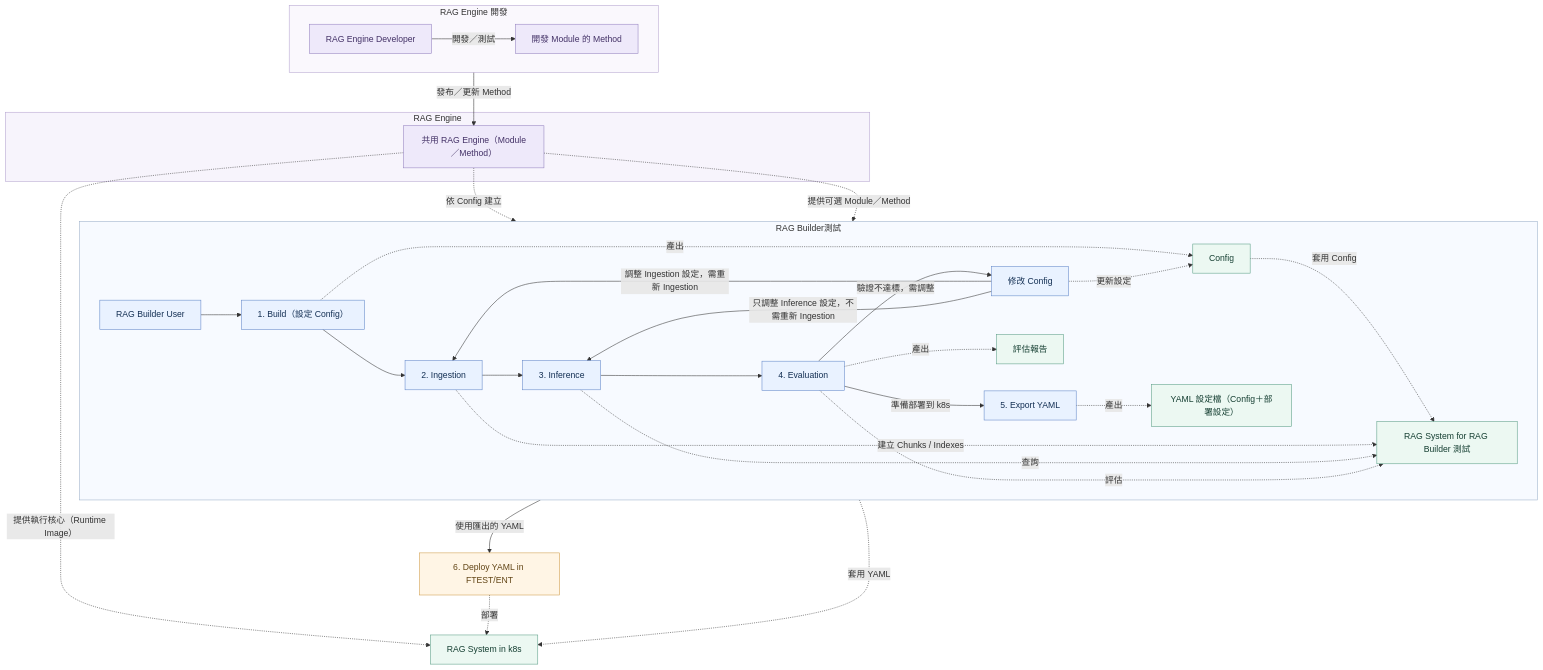
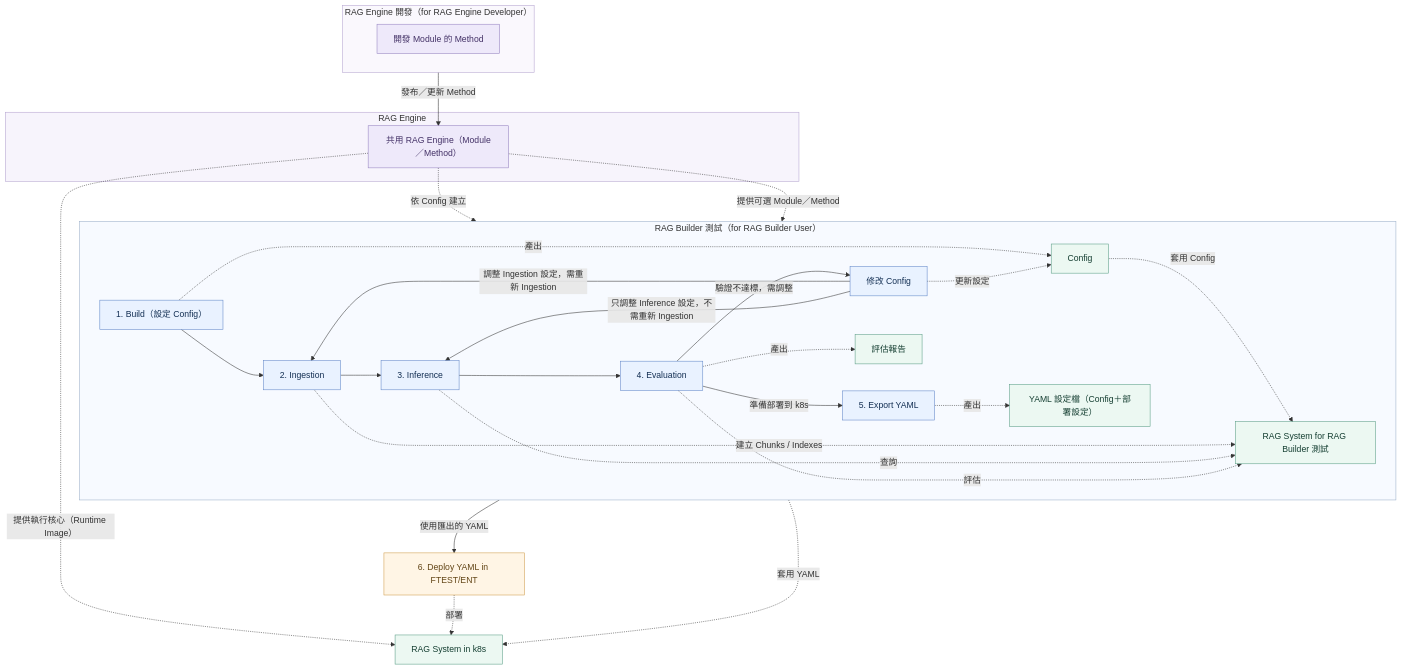
The diagram in diagrams/01_user_system_l1.mmd (SunnyWenwen/rag_platform), drawn with Mermaid before and after one commit. The commit also changed 3 other files, not shown here.

```diff
--- a/diagrams/01_user_system_l1.mmd
+++ b/diagrams/01_user_system_l1.mmd
@@ -1,60 +1,59 @@
 flowchart TB
     %% 節點與關係定義；三層固定版面見同名 SVG，PNG 由 SVG 產生。
     %% 上：RAG Builder 測試；中：共用 RAG Engine；下：RAG Engine 開發。
     %% Runtime API／Image 包裝見 02 Infra；本圖以 Engine 與設定建立 System 表達。
-    subgraph BUILDER["RAG Builder測試"]
+    subgraph BUILDER["RAG Builder 測試（for RAG Builder User）"]
         direction LR
-        U["RAG Builder User"] --> B["1. Build（設定 Config）"]
-        B --> I["2. Ingestion"]
+        B["1. Build（設定 Config）"] --> I["2. Ingestion"]
         I --> Q["3. Inference"]
         Q --> E["4. Evaluation"]
         E -->|準備部署到 k8s| X["5. Export YAML"]
         E -->|驗證不達標，需調整| C["修改 Config"]
         C -->|調整 Ingestion 設定，需重新 Ingestion| I
         C -->|只調整 Inference 設定，不需重新 Ingestion| Q
 
         F["Config"]
         S["RAG System for RAG Builder 測試"]
         R["評估報告"]
         Y["YAML 設定檔（Config＋部署設定）"]
 
         B -. 產出 .-> F
         C -. 更新設定 .-> F
         F -. 套用 Config .-> S
         I -. "建立 Chunks / Indexes" .-> S
         Q -. 查詢 .-> S
         E -. 評估 .-> S
         E -. 產出 .-> R
         X -. 產出 .-> Y
     end
 
     D["6. Deploy YAML in FTEST/ENT"]
     K["RAG System in k8s"]
     X -->|使用匯出的 YAML| D
     D -. 部署 .-> K
     Y -. 套用 YAML .-> K
 
     subgraph ENGINE["RAG Engine"]
         GE["共用 RAG Engine（Module／Method）"]
     end
     GE -. 依 Config 建立 .-> S
     GE -. "提供執行核心（Runtime Image）" .-> K
-    GE -. "提供可選 Module／Method" .-> U
+    GE -. "提供可選 Module／Method" .-> B
 
-    subgraph DEVELOPMENT["RAG Engine 開發"]
+    subgraph DEVELOPMENT["RAG Engine 開發（for RAG Engine Developer）"]
         direction LR
-        DEV["RAG Engine Developer"] -->|開發／測試| M["開發 Module 的 Method"]
+        M["開發 Module 的 Method"]
     end
     M -->|發布／更新 Method| GE
 
     classDef user fill:#e9f2ff,stroke:#6086c8,color:#143054
     classDef system fill:#ecf8f2,stroke:#599d85,color:#153f32
     classDef deploy fill:#fff5e5,stroke:#cf9b4a,color:#624516
     classDef engine fill:#eee9fa,stroke:#9380bf,color:#443267
-    class B,I,Q,E,X,C,U user
+    class B,I,Q,E,X,C user
     class F,S,R,Y,K system
     class D deploy
-    class GE,DEV,M engine
+    class GE,M engine
     style BUILDER fill:#f7faff,stroke:#9aafc9
     style ENGINE fill:#f7f4fc,stroke:#b5a4d0
     style DEVELOPMENT fill:#faf8fd,stroke:#b5a4d0
```
